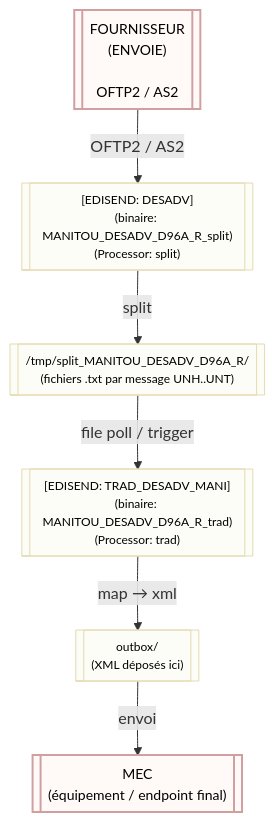
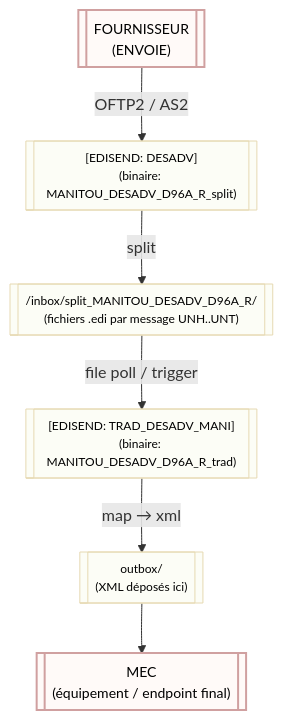
The diagram in README.md (HMaPredell/visuel), drawn with Mermaid before and after one commit. The commit also changed other lines of this file, not shown here.

````diff
--- a/README.md
+++ b/README.md
@@ -14,19 +14,19 @@
 ```mermaid
 flowchart TD
   %% Large blocks, vertical layout
   classDef bigBlock fill:#fffaf8,stroke:#d0a0a0,stroke-width:2px,color:#000,font-size:14px;
   classDef stepBlock fill:#fcfdf6,stroke:#e6d9b2,stroke-width:1px,color:#000,font-size:12px;
 
-  FOURNISSEUR[["FOURNISSEUR\n(ENVOIE)\n\nOFTP2 / AS2"]]:::bigBlock
-  EDISEND_SPLIT[["[EDISEND: DESADV]\n(binaire: MANITOU_DESADV_D96A_R_split)\n(Processor: split)"]]:::stepBlock
-  SPLIT_DIR[["/tmp/split_MANITOU_DESADV_D96A_R/\n(fichiers .txt par message UNH..UNT)"]]:::stepBlock
-  EDISEND_TRAD[["[EDISEND: TRAD_DESADV_MANI]\n(binaire: MANITOU_DESADV_D96A_R_trad)\n(Processor: trad)"]]:::stepBlock
-  OUTBOX[["outbox/\n(XML déposés ici)"]]:::stepBlock
-  MEC[["MEC\n(équipement / endpoint final)"]]:::bigBlock
+   FOURNISSEUR[["FOURNISSEUR<br/>(ENVOIE)<br/>"]]:::bigBlock
+   EDISEND_SPLIT[["[EDISEND: DESADV]<br/>(binaire: MANITOU_DESADV_D96A_R_split)<br/>"]]:::stepBlock
+  SPLIT_DIR[["/inbox/split_MANITOU_DESADV_D96A_R/<br/>(fichiers .edi par message UNH..UNT)"]]:::stepBlock
+   EDISEND_TRAD[["[EDISEND: TRAD_DESADV_MANI]<br/>(binaire: MANITOU_DESADV_D96A_R_trad)<br/>"]]:::stepBlock
+   OUTBOX[["outbox/<br/>(XML déposés ici)"]]:::stepBlock
+   MEC[["MEC<br/>(équipement / endpoint final)"]]:::bigBlock
 
   FOURNISSEUR -->|OFTP2 / AS2| EDISEND_SPLIT
   EDISEND_SPLIT -->|split| SPLIT_DIR
   SPLIT_DIR -->|file poll / trigger| EDISEND_TRAD
   EDISEND_TRAD -->|map → xml| OUTBOX
-  OUTBOX -->|envoi| MEC
+  OUTBOX --> MEC
 ```
````
